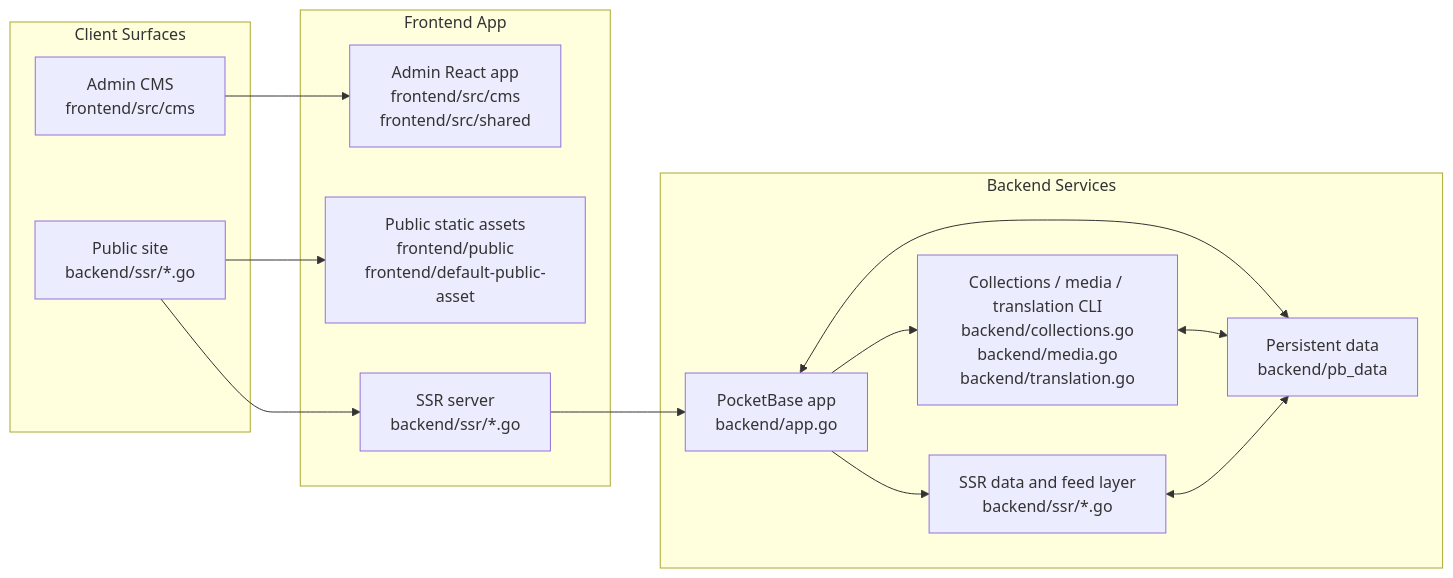
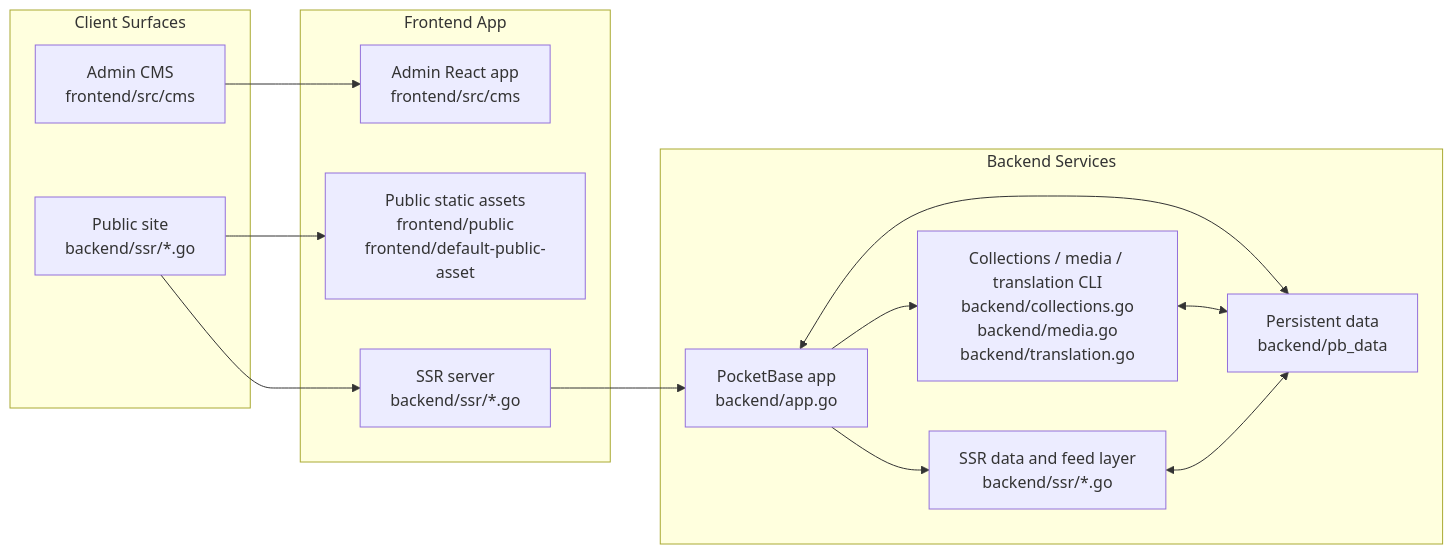
The diagram in README.md (haturatu/alleycat), drawn with Mermaid before and after one commit. The commit also changed other lines of this file and 19 other files, not shown here.

````diff
--- a/README.md
+++ b/README.md
@@ -29,30 +29,30 @@
 ```mermaid
 flowchart LR
   subgraph Client["Client Surfaces"]
     Public["Public site<br/>backend/ssr/*.go"]
     Admin["Admin CMS<br/>frontend/src/cms"]
   end
 
   subgraph Frontend["Frontend App"]
-    AdminApp["Admin React app<br/>frontend/src/cms<br/>frontend/src/shared"]
+    AdminApp["Admin React app<br/>frontend/src/cms"]
     Theme["Public static assets<br/>frontend/public<br/>frontend/default-public-asset"]
     SSR["SSR server<br/>backend/ssr/*.go"]
   end
 
   subgraph Backend["Backend Services"]
     PB["PocketBase app<br/>backend/app.go"]
     Collections["Collections / media / translation CLI<br/>backend/collections.go<br/>backend/media.go<br/>backend/translation.go"]
     SSRData["SSR data and feed layer<br/>backend/ssr/*.go"]
     Data["Persistent data<br/>backend/pb_data"]
   end
 
   Admin --> AdminApp
   Public --> Theme
   Public --> SSR
   SSR --> PB
   PB --> Collections
   PB --> SSRData
   PB <--> Data
   Collections <--> Data
   SSRData <--> Data
 ```
````
